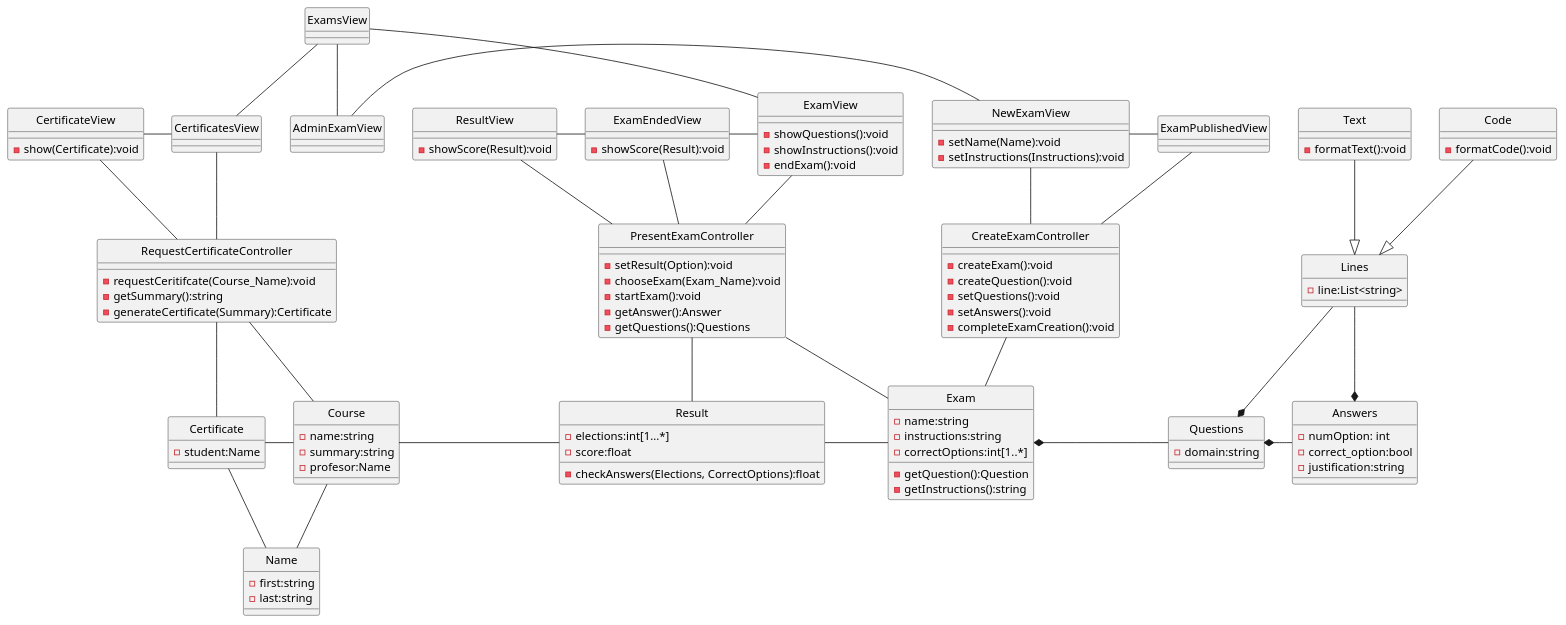
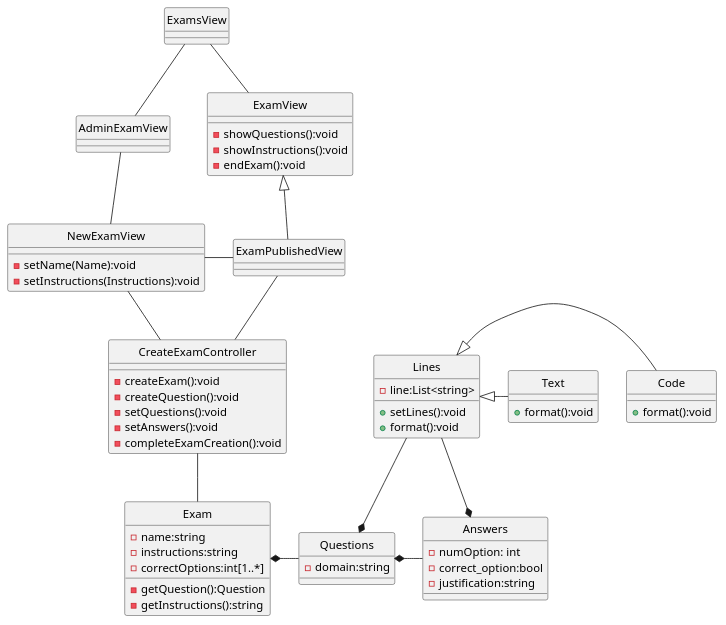
Before and after one commit to TheSProyect/Proyecto-IS-Grupo-1: the diagram in docs/logicalView/desingView/classDesign/Design-ClassDiagram.plantuml, drawn with PlantUML. The commit also changed 2 other files, not shown here.

Commit message:
Design-ClassDiagram

```diff
--- a/docs/logicalView/desingView/classDesign/Design-ClassDiagram.plantuml
+++ b/docs/logicalView/desingView/classDesign/Design-ClassDiagram.plantuml
@@ -1,152 +1,80 @@
 @startuml Design-ClassDiagram
 skinparam style strictuml
 
 class ExamsView {
+
 }
+
 class ExamView {
 __
 -showQuestions():void
 -showInstructions():void
 -endExam():void
-}
-class ExamEndedView{
-__
--showScore(Result):void
-}
-class CertificatesView
-class CertificateView{
--show(Certificate):void
-}
-class ResultView{
-__
--showScore(Result):void
 }
 
 class NewExamView {
 -setName(Name):void
 -setInstructions(Instructions):void
 }
 
 class ExamPublishedView
 class AdminExamView
 
 class CreateExamController{
 __
 -createExam():void
 -createQuestion():void
 -setQuestions():void
 -setAnswers():void
 -completeExamCreation():void
 }
 
-class PresentExamController {
-__
--setResult(Option):void
--chooseExam(Exam_Name):void
--startExam():void
--getAnswer():Answer
--getQuestions():Questions
-}
-
-class RequestCertificateController {
-__
--requestCeritifcate(Course_Name):void
--getSummary():string
--generateCertificate(Summary):Certificate
-}
-
 class Questions{
 -domain:string
 }
 class Answers {
 -numOption: int
 -correct_option:bool
 -justification:string
 }
 class Exam {
 -name:string
 -instructions:string
 -correctOptions:int[1..*]
 __
 -getQuestion():Question
 -getInstructions():string
 }
-class Result {
--elections:int[1...*]
--score:float
-__
--checkAnswers(Elections, CorrectOptions):float
-}
 
-class Certificate {
--student:Name
-}
-
-class Name {
-    -first:string
-    -last:string
-}
-
-class Course{
--name:string
--summary:string
--profesor:Name
-}
 
 class Lines {
     -line:List<string>
+    +setLines():void
+    +format():void
 }
 
 class Text {
-    -formatText():void
+    +format():void
 }
 
 class Code {
-    -formatCode():void
+    +format():void
 }
 
+ExamsView -- AdminExamView
 CreateExamController -u- NewExamView
 CreateExamController -u- ExamPublishedView
+CreateExamController -- Exam
+ExamPublishedView -u-|> ExamView
 
-RequestCertificateController -u- CertificatesView
-RequestCertificateController -u- CertificateView
-
-PresentExamController -u- ExamView
-PresentExamController -u- ResultView
-PresentExamController -u- ExamEndedView
-
-CreateExamController -- Exam
-PresentExamController -- Exam
-PresentExamController -- Result
-
-RequestCertificateController -- Certificate
-
-RequestCertificateController -- Course
-
-
-ExamsView -- AdminExamView
-ExamsView -- CertificatesView
 ExamsView -- ExamView
 NewExamView -r- ExamPublishedView
 AdminExamView -r- NewExamView
-
-ExamEndedView -l- ResultView
-ExamView -l- ExamEndedView
-
-CertificatesView -l- CertificateView
-
 Questions *-r- Answers
 Exam *-r- Questions
-
-Lines <|-u- Code
-Lines <|-u- Text
-
+Lines <|-r- Code
+Lines <|-r- Text
 Lines --* Answers
 Lines --* Questions
 
-Exam -l- Result
-Result -l- Course
-Course -l- Certificate
-Name -u- Certificate
-Name -u- Course
 @enduml
```
